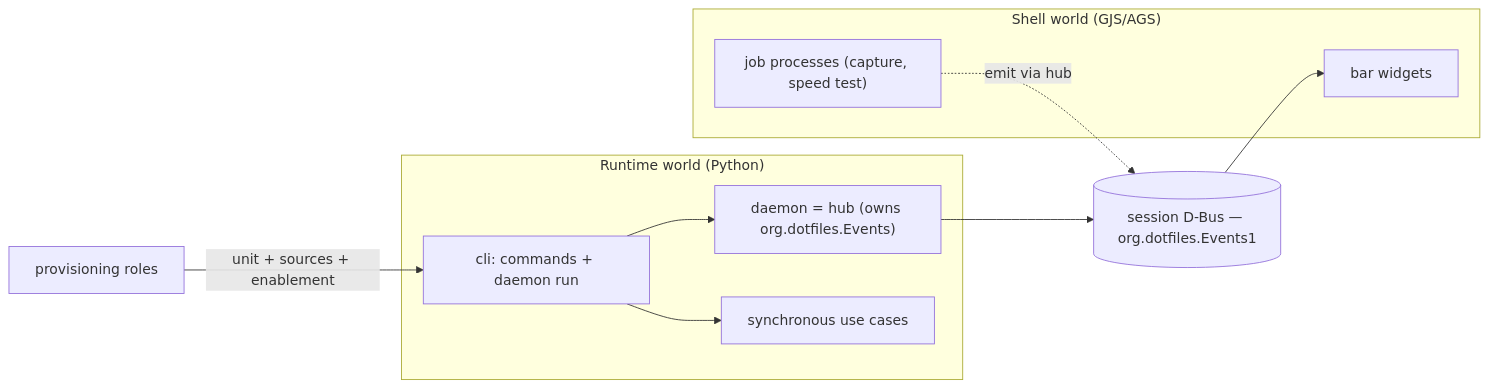
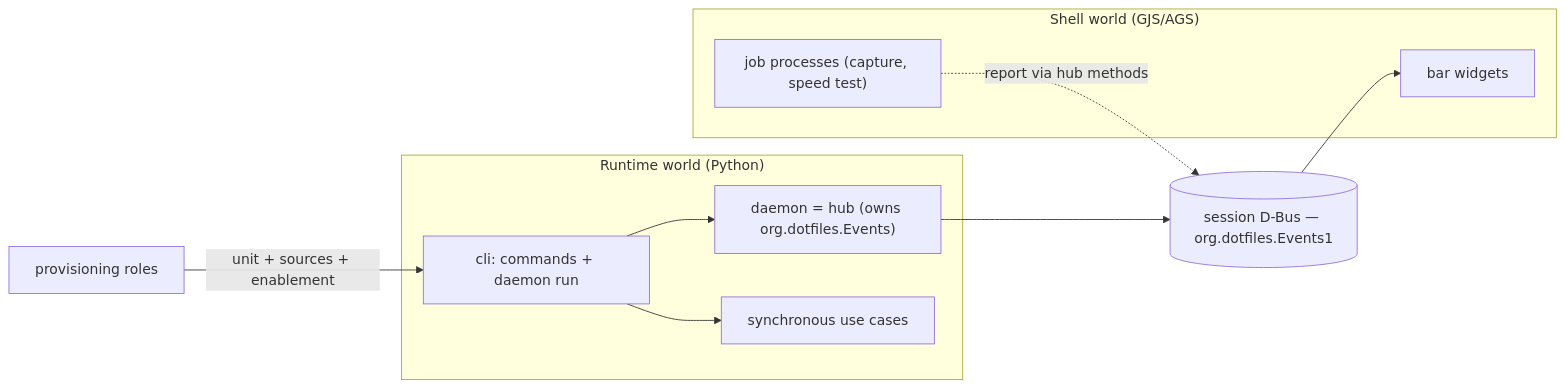
Before and after one commit to RandomGenericUsername/dotfiles-v3: the second of 2 diagrams in _bmad-output/planning-artifacts/architecture/architecture-dotfiles-repo-v3-2026-09-11-phase5/ARCHITECTURE-SPINE.md, drawn with Mermaid. The commit also changed other lines of this file and 16 other files, not shown here.

First line of the commit message:
docs(architecture): Phase 5 validate-gate Update (AD-33..AD-44)

````diff
--- a/_bmad-output/planning-artifacts/architecture/architecture-dotfiles-repo-v3-2026-09-11-phase5/ARCHITECTURE-SPINE.md
+++ b/_bmad-output/planning-artifacts/architecture/architecture-dotfiles-repo-v3-2026-09-11-phase5/ARCHITECTURE-SPINE.md
@@ -142,19 +156,19 @@
 ```mermaid
 flowchart LR
   subgraph R["Runtime world (Python)"]
     CLI["cli: commands + daemon run"]
     HUB["daemon = hub (owns org.dotfiles.Events)"]
     APP["synchronous use cases"]
     CLI --> APP
     CLI --> HUB
   end
   BUS[("session D-Bus — org.dotfiles.Events1")]
   HUB --> BUS
   subgraph S["Shell world (GJS/AGS)"]
     BAR["bar widgets"]
     JOBS["job processes (capture, speed test)"]
   end
   BUS --> BAR
-  JOBS -.->|"emit via hub"| BUS
+  JOBS -.->|"report via hub methods"| BUS
   PROV["provisioning roles"] -->|"unit + sources + enablement"| CLI
 ```
````
